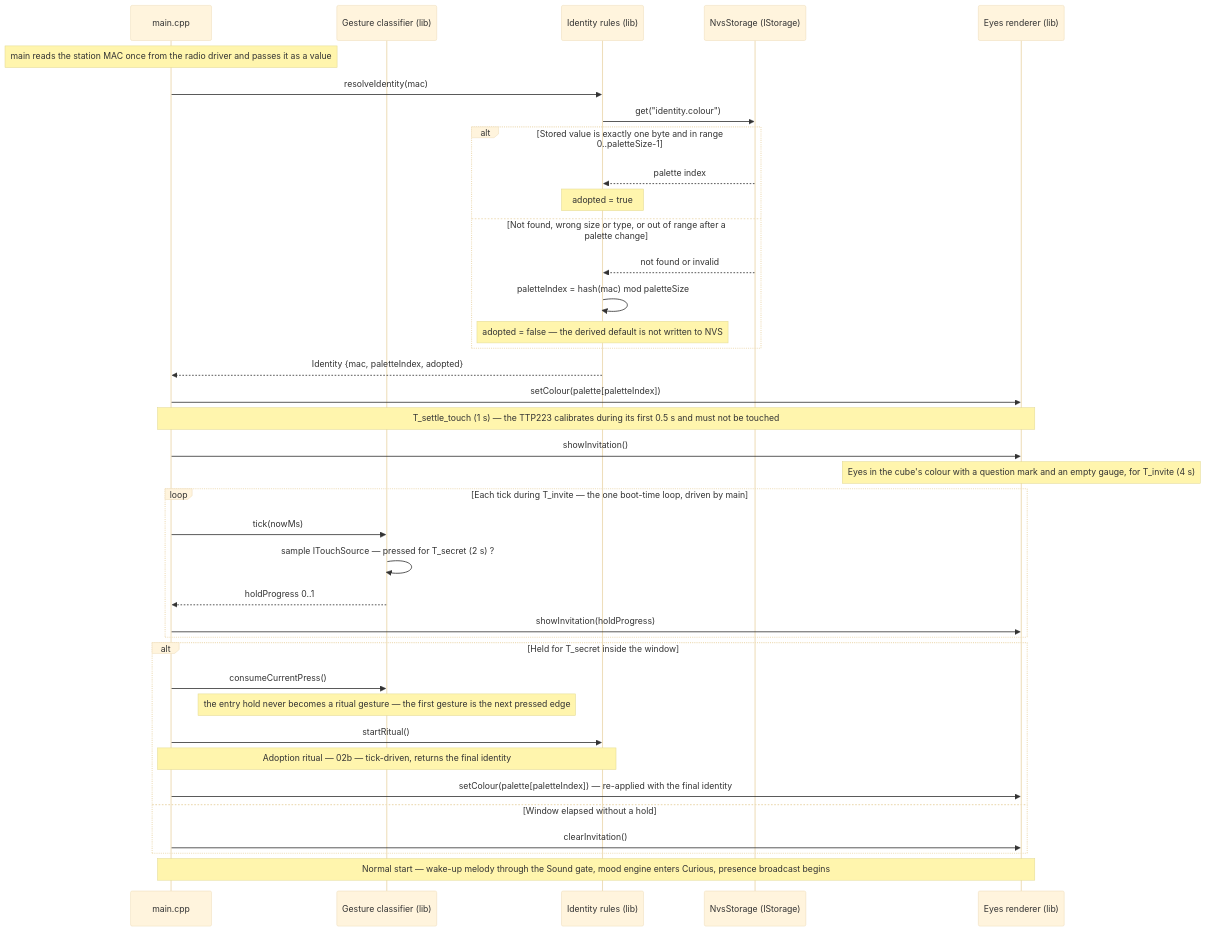
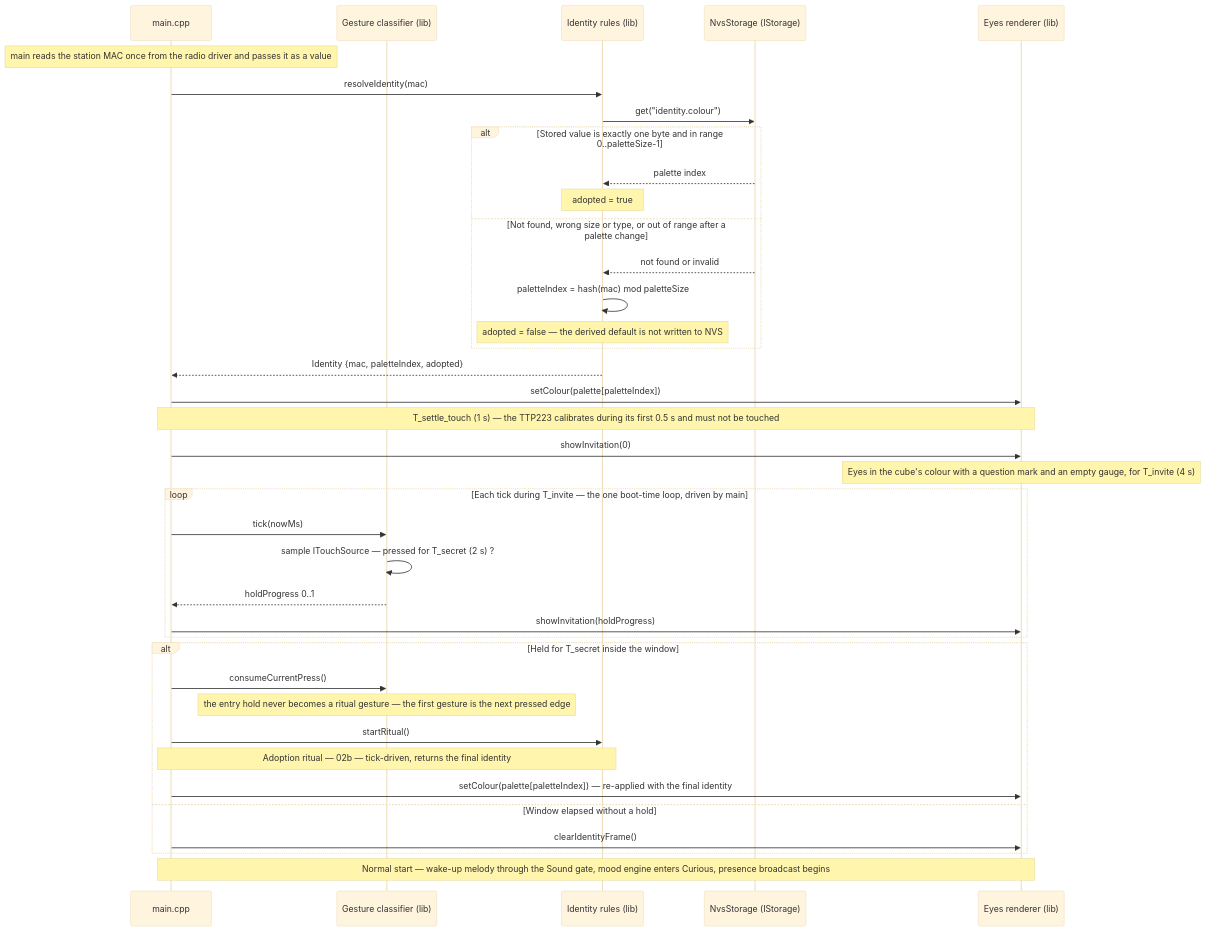
The diagram in docs/architecture/diagrams/identity/02a-sequence-first-boot.md (benoit-bremaud/cubbies), drawn with Mermaid (base theme) before and after one commit. The commit also changed 47 other files, not shown here.

First line of the commit message:
feat(eyes): brick F1b — reactions overlay and identity frames with a shared Timeline (#10)

````diff
--- a/docs/architecture/diagrams/identity/02a-sequence-first-boot.md
+++ b/docs/architecture/diagrams/identity/02a-sequence-first-boot.md
@@ -17,42 +17,42 @@
 ```mermaid
 sequenceDiagram
   participant M as main.cpp
   participant G as Gesture classifier (lib)
   participant I as Identity rules (lib)
   participant S as NvsStorage (IStorage)
   participant E as Eyes renderer (lib)
 
   Note over M: main reads the station MAC once from the radio driver and passes it as a value
   M->>I: resolveIdentity(mac)
   I->>S: get("identity.colour")
   alt Stored value is exactly one byte and in range 0..paletteSize-1
     S-->>I: palette index
     Note over I: adopted = true
   else Not found, wrong size or type, or out of range after a palette change
     S-->>I: not found or invalid
     I->>I: paletteIndex = hash(mac) mod paletteSize
     Note over I: adopted = false — the derived default is not written to NVS
   end
   I-->>M: Identity {mac, paletteIndex, adopted}
 
   M->>E: setColour(palette[paletteIndex])
   Note over M,E: T_settle_touch (1 s) — the TTP223 calibrates during its first 0.5 s and must not be touched
-  M->>E: showInvitation()
+  M->>E: showInvitation(0)
   Note over E: Eyes in the cube's colour with a question mark and an empty gauge, for T_invite (4 s)
   loop Each tick during T_invite — the one boot-time loop, driven by main
     M->>G: tick(nowMs)
     G->>G: sample ITouchSource — pressed for T_secret (2 s) ?
     G-->>M: holdProgress 0..1
     M->>E: showInvitation(holdProgress)
   end
   alt Held for T_secret inside the window
     M->>G: consumeCurrentPress()
     Note over G: the entry hold never becomes a ritual gesture — the first gesture is the next pressed edge
     M->>I: startRitual()
     Note over M,I: Adoption ritual — 02b — tick-driven, returns the final identity
     M->>E: setColour(palette[paletteIndex]) — re-applied with the final identity
   else Window elapsed without a hold
-    M->>E: clearInvitation()
+    M->>E: clearIdentityFrame()
   end
   Note over M,E: Normal start — wake-up melody through the Sound gate, mood engine enters Curious, presence broadcast begins
 ```
````
